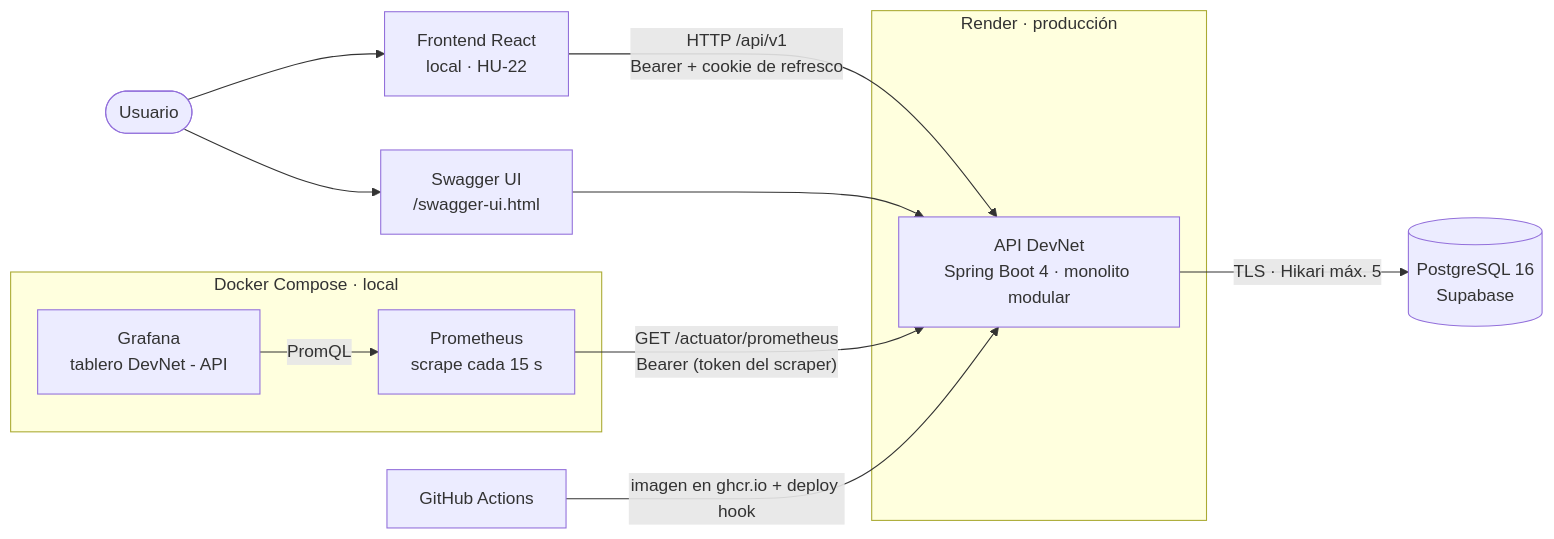
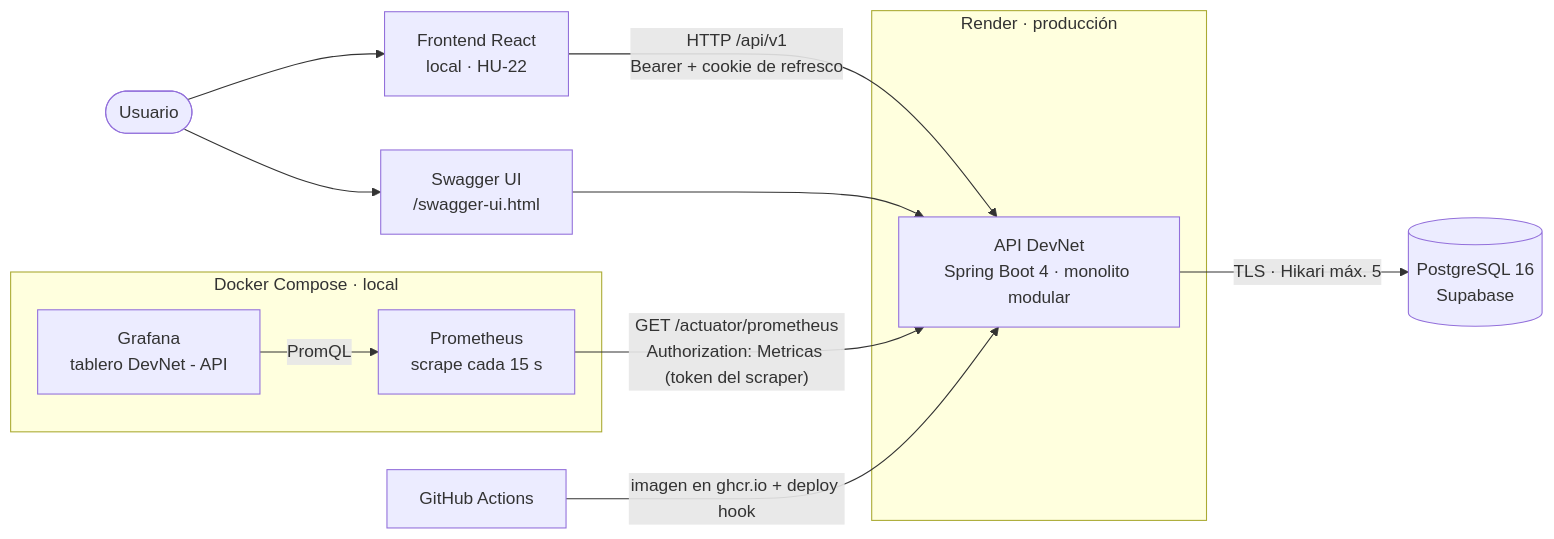
Before and after one commit to EAP02/EAP02-Back: the diagram in docs/arquitectura/sprint-3.md, drawn with Mermaid. The commit also changed 5 other files, not shown here.

Commit message:
fix(observabilidad): esquema propio para el token del scraper de Prometheus

````diff
--- a/docs/arquitectura/sprint-3.md
+++ b/docs/arquitectura/sprint-3.md
@@ -31,18 +31,18 @@
 ```mermaid
 flowchart LR
     U([Usuario]) --> F["Frontend React<br/>local · HU-22"]
     U --> S["Swagger UI<br/>/swagger-ui.html"]
     F -- "HTTP /api/v1<br/>Bearer + cookie de refresco" --> A
     S --> A
     subgraph Render["Render · producción"]
         A["API DevNet<br/>Spring Boot 4 · monolito modular"]
     end
     A -- "TLS · Hikari máx. 5" --> DB[("PostgreSQL 16<br/>Supabase")]
     subgraph Compose["Docker Compose · local"]
         P["Prometheus<br/>scrape cada 15 s"]
         G["Grafana<br/>tablero DevNet - API"]
     end
-    P -- "GET /actuator/prometheus<br/>Bearer (token del scraper)" --> A
+    P -- "GET /actuator/prometheus<br/>Authorization: Metricas (token del scraper)" --> A
     G -- PromQL --> P
     GH["GitHub Actions"] -- "imagen en ghcr.io + deploy hook" --> A
 ```
````
